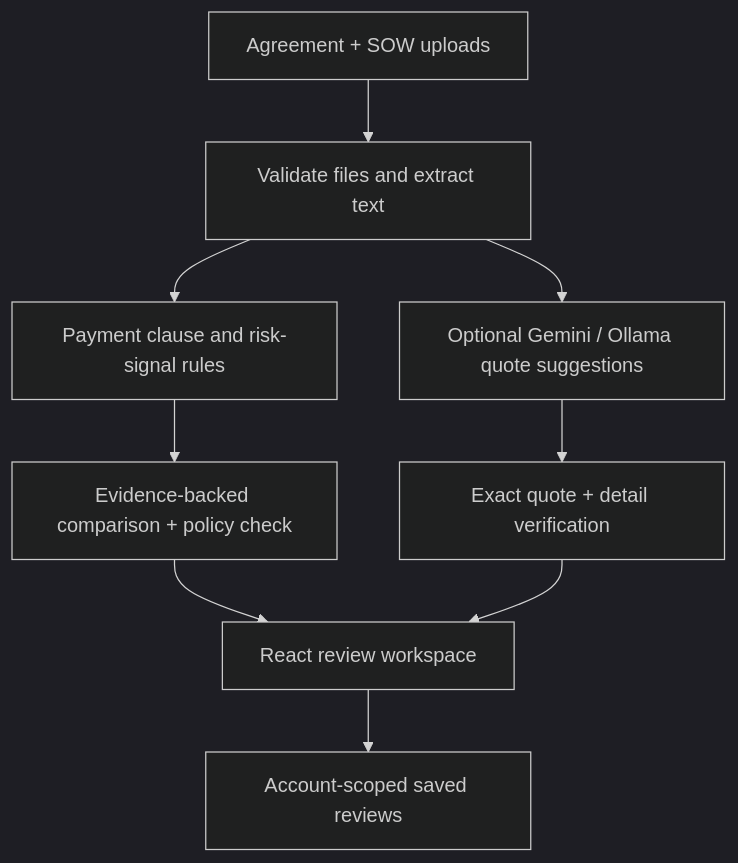
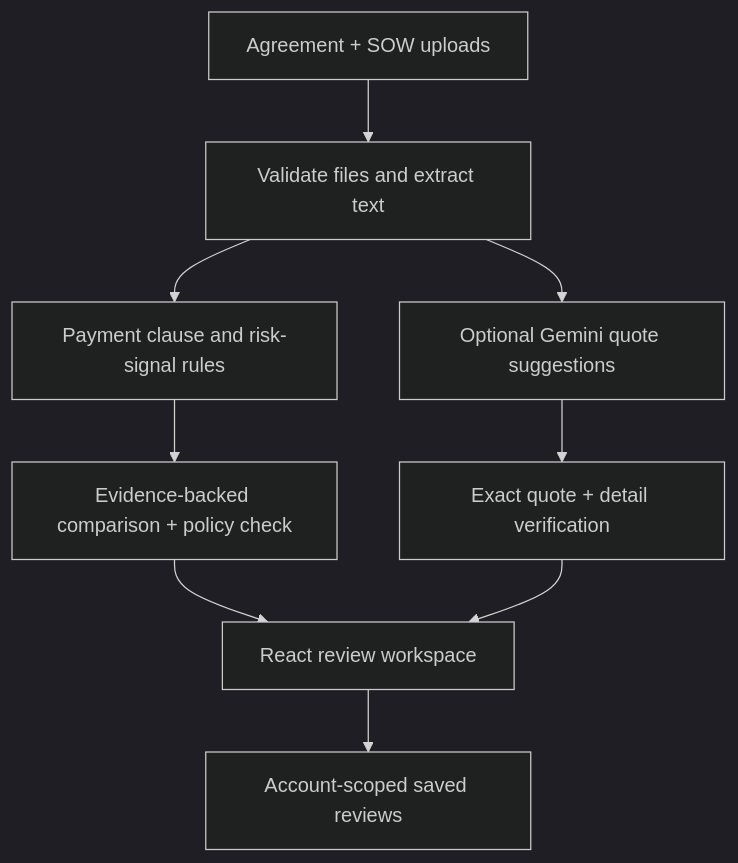
Before and after one commit to OM2412/legal-contract-analyzer: the diagram in README.md, drawn with Mermaid (dark theme). The commit also changed other lines of this file, not shown here.

Commit message:
docs: clarify D1 preview migration and Gemini-only hosted AI setup

````diff
--- a/README.md
+++ b/README.md
@@ -50,11 +50,11 @@
 ```mermaid
 flowchart TD
     A["Agreement + SOW uploads"] --> B["Validate files and extract text"]
     B --> C["Payment clause and risk-signal rules"]
     C --> D["Evidence-backed comparison + policy check"]
     D --> E["React review workspace"]
-    B --> F["Optional Gemini / Ollama quote suggestions"]
+    B --> F["Optional Gemini quote suggestions"]
     F --> G["Exact quote + detail verification"]
     G --> E
     E --> H["Account-scoped saved reviews"]
 ```
````
